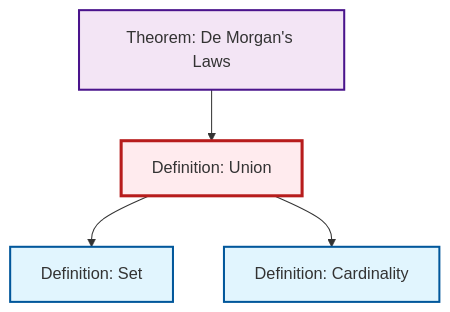
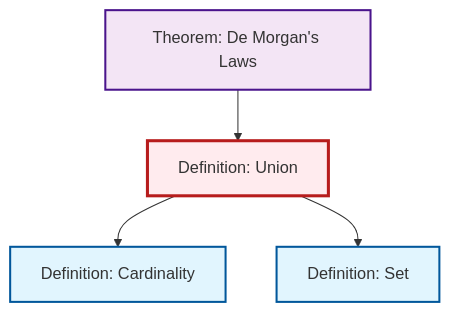
One commit to RK0429/ModernMath changed the diagram in content/en/logic-set-theory/def-union.qmd. Above: the diagram before and after it, drawn with Mermaid. The commit also changed other lines of this file and 1069 other files, not shown here.

````diff
--- a/content/en/logic-set-theory/def-union.qmd
+++ b/content/en/logic-set-theory/def-union.qmd
@@ -54,20 +54,20 @@
 ```{mermaid}
 %%| fig-cap: "Local dependency graph"
 graph TD
     classDef definition fill:#e1f5fe,stroke:#01579b,stroke-width:2px
     classDef theorem fill:#f3e5f5,stroke:#4a148c,stroke-width:2px
     classDef axiom fill:#fff3e0,stroke:#e65100,stroke-width:2px
     classDef example fill:#e8f5e9,stroke:#1b5e20,stroke-width:2px
     classDef current fill:#ffebee,stroke:#b71c1c,stroke-width:3px
-    def-set["Definition: Set"]:::definition
     def-union["Definition: Union"]:::definition
     def-cardinality["Definition: Cardinality"]:::definition
+    def-set["Definition: Set"]:::definition
     thm-de-morgan["Theorem: De Morgan's Laws"]:::theorem
-    def-union --> def-set
     thm-de-morgan --> def-union
     def-union --> def-cardinality
+    def-union --> def-set
     class def-union current
+    click def-cardinality "def-cardinality.html" "Go to Cardinality definition"
     click def-set "def-set.html" "Go to Set definition"
-    click def-cardinality "def-cardinality.html" "Go to Cardinality definition"
     click thm-de-morgan "thm-de-morgan.html" "Go to De Morgan's Laws theorem"
 ```
````
